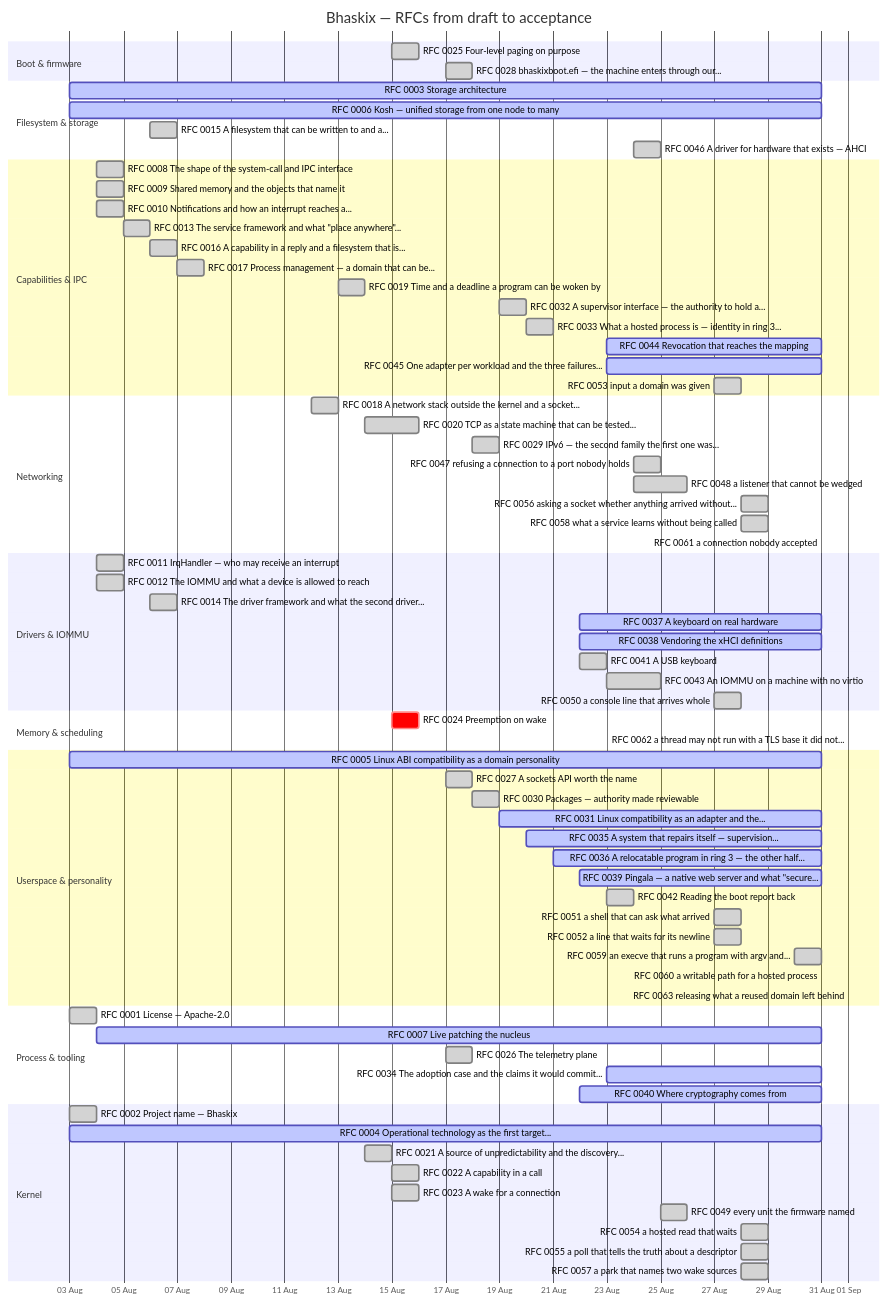
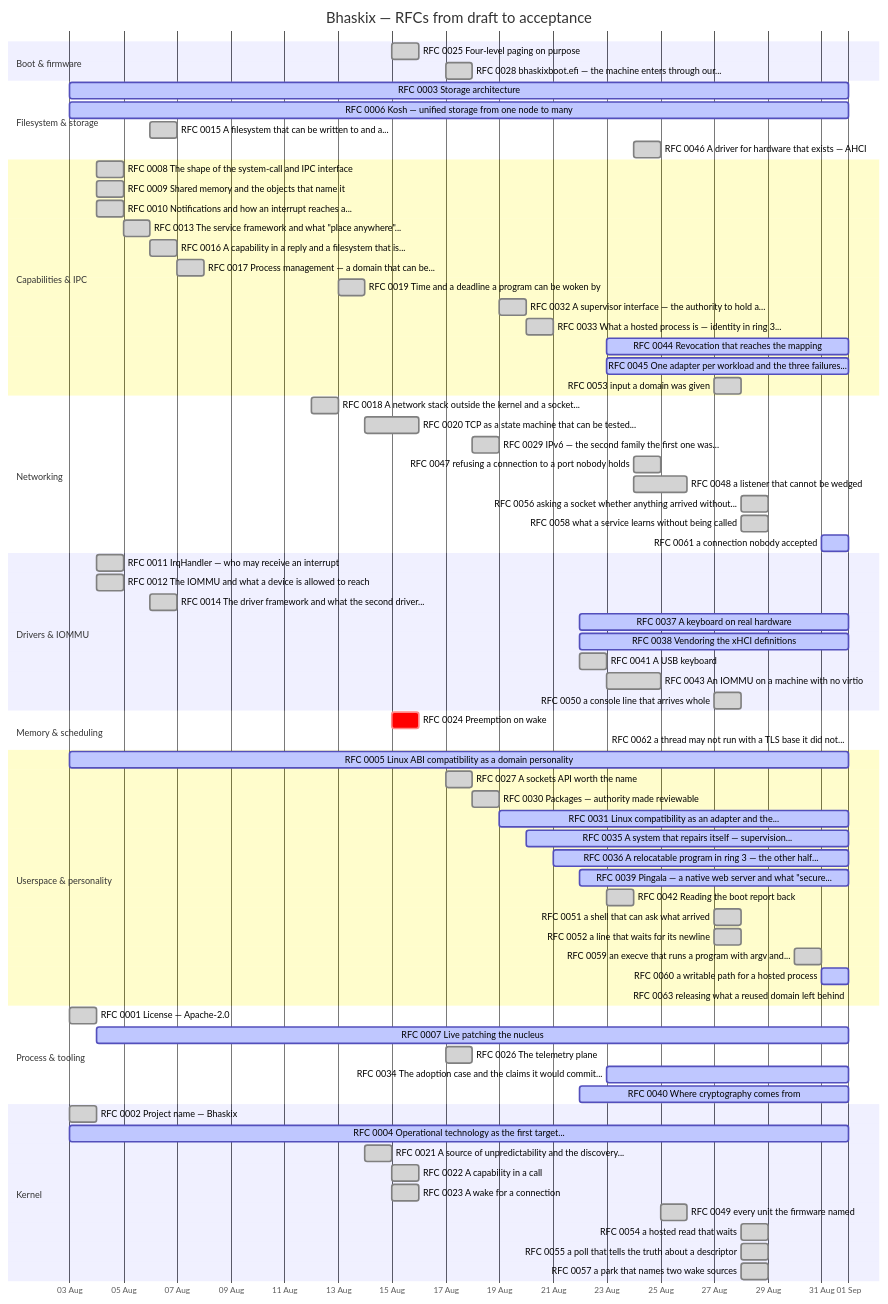
The diagram in docs/progress.md (bhaskix/bhaskix), drawn with Mermaid before and after one commit. The commit also changed other lines of this file and 8 other files, not shown here.

````diff
--- a/docs/progress.md
+++ b/docs/progress.md
@@ -24,79 +24,79 @@
 ```mermaid
 gantt
     title Bhaskix — RFCs from draft to acceptance
     dateFormat YYYY-MM-DD
     axisFormat %d %b
     todayMarker off
     section Boot & firmware
     RFC 0025 Four-level paging on purpose :done, r0025, 2026-08-15, 2026-08-16
     RFC 0028 bhaskixboot.efi — the machine enters through our... :done, r0028, 2026-08-17, 2026-08-18
     section Filesystem & storage
-    RFC 0003 Storage architecture :active, r0003, 2026-08-03, 2026-08-31
-    RFC 0006 Kosh — unified storage from one node to many :active, r0006, 2026-08-03, 2026-08-31
+    RFC 0003 Storage architecture :active, r0003, 2026-08-03, 2026-09-01
+    RFC 0006 Kosh — unified storage from one node to many :active, r0006, 2026-08-03, 2026-09-01
     RFC 0015 A filesystem that can be written to and a... :done, r0015, 2026-08-06, 1d
     RFC 0046 A driver for hardware that exists — AHCI :done, r0046, 2026-08-24, 1d
     section Capabilities & IPC
     RFC 0008 The shape of the system-call and IPC interface :done, r0008, 2026-08-04, 1d
     RFC 0009 Shared memory and the objects that name it :done, r0009, 2026-08-04, 1d
     RFC 0010 Notifications and how an interrupt reaches a... :done, r0010, 2026-08-04, 1d
     RFC 0013 The service framework and what "place anywhere"... :done, r0013, 2026-08-05, 1d
     RFC 0016 A capability in a reply and a filesystem that is... :done, r0016, 2026-08-06, 2026-08-07
     RFC 0017 Process management — a domain that can be... :done, r0017, 2026-08-07, 1d
     RFC 0019 Time and a deadline a program can be woken by :done, r0019, 2026-08-13, 2026-08-14
     RFC 0032 A supervisor interface — the authority to hold a... :done, r0032, 2026-08-19, 2026-08-20
     RFC 0033 What a hosted process is — identity in ring 3... :done, r0033, 2026-08-20, 1d
-    RFC 0044 Revocation that reaches the mapping :active, r0044, 2026-08-23, 2026-08-31
-    RFC 0045 One adapter per workload and the three failures... :active, r0045, 2026-08-23, 2026-08-31
+    RFC 0044 Revocation that reaches the mapping :active, r0044, 2026-08-23, 2026-09-01
+    RFC 0045 One adapter per workload and the three failures... :active, r0045, 2026-08-23, 2026-09-01
     RFC 0053 input a domain was given :done, r0053, 2026-08-27, 1d
     section Networking
     RFC 0018 A network stack outside the kernel and a socket... :done, r0018, 2026-08-12, 2026-08-13
     RFC 0020 TCP as a state machine that can be tested... :done, r0020, 2026-08-14, 2026-08-16
     RFC 0029 IPv6 — the second family the first one was... :done, r0029, 2026-08-18, 1d
     RFC 0047 refusing a connection to a port nobody holds :done, r0047, 2026-08-24, 1d
     RFC 0048 a listener that cannot be wedged :done, r0048, 2026-08-24, 2026-08-26
     RFC 0056 asking a socket whether anything arrived without... :done, r0056, 2026-08-28, 1d
     RFC 0058 what a service learns without being called :done, r0058, 2026-08-28, 1d
-    RFC 0061 a connection nobody accepted :active, r0061, 2026-08-31, 2026-08-31
+    RFC 0061 a connection nobody accepted :active, r0061, 2026-08-31, 2026-09-01
     section Drivers & IOMMU
     RFC 0011 IrqHandler — who may receive an interrupt :done, r0011, 2026-08-04, 1d
     RFC 0012 The IOMMU and what a device is allowed to reach :done, r0012, 2026-08-04, 1d
     RFC 0014 The driver framework and what the second driver... :done, r0014, 2026-08-06, 1d
-    RFC 0037 A keyboard on real hardware :active, r0037, 2026-08-22, 2026-08-31
-    RFC 0038 Vendoring the xHCI definitions :active, r0038, 2026-08-22, 2026-08-31
+    RFC 0037 A keyboard on real hardware :active, r0037, 2026-08-22, 2026-09-01
+    RFC 0038 Vendoring the xHCI definitions :active, r0038, 2026-08-22, 2026-09-01
     RFC 0041 A USB keyboard :done, r0041, 2026-08-22, 2026-08-23
     RFC 0043 An IOMMU on a machine with no virtio :done, r0043, 2026-08-23, 2026-08-25
     RFC 0050 a console line that arrives whole :done, r0050, 2026-08-27, 1d
     section Memory & scheduling
     RFC 0024 Preemption on wake :crit, r0024, 2026-08-15, 1d
     RFC 0062 a thread may not run with a TLS base it did not... :active, r0062, 2026-09-01, 2026-09-01
     section Userspace & personality
-    RFC 0005 Linux ABI compatibility as a domain personality :active, r0005, 2026-08-03, 2026-08-31
+    RFC 0005 Linux ABI compatibility as a domain personality :active, r0005, 2026-08-03, 2026-09-01
     RFC 0027 A sockets API worth the name :done, r0027, 2026-08-17, 1d
     RFC 0030 Packages — authority made reviewable :done, r0030, 2026-08-18, 2026-08-19
-    RFC 0031 Linux compatibility as an adapter and the... :active, r0031, 2026-08-19, 2026-08-31
-    RFC 0035 A system that repairs itself — supervision... :active, r0035, 2026-08-20, 2026-08-31
-    RFC 0036 A relocatable program in ring 3 — the other half... :active, r0036, 2026-08-21, 2026-08-31
-    RFC 0039 Pingala — a native web server and what "secure... :active, r0039, 2026-08-22, 2026-08-31
+    RFC 0031 Linux compatibility as an adapter and the... :active, r0031, 2026-08-19, 2026-09-01
+    RFC 0035 A system that repairs itself — supervision... :active, r0035, 2026-08-20, 2026-09-01
+    RFC 0036 A relocatable program in ring 3 — the other half... :active, r0036, 2026-08-21, 2026-09-01
+    RFC 0039 Pingala — a native web server and what "secure... :active, r0039, 2026-08-22, 2026-09-01
     RFC 0042 Reading the boot report back :done, r0042, 2026-08-23, 1d
     RFC 0051 a shell that can ask what arrived :done, r0051, 2026-08-27, 1d
     RFC 0052 a line that waits for its newline :done, r0052, 2026-08-27, 1d
     RFC 0059 an execve that runs a program with argv and... :done, r0059, 2026-08-30, 1d
-    RFC 0060 a writable path for a hosted process :active, r0060, 2026-08-31, 2026-08-31
+    RFC 0060 a writable path for a hosted process :active, r0060, 2026-08-31, 2026-09-01
     RFC 0063 releasing what a reused domain left behind :active, r0063, 2026-09-01, 2026-09-01
     section Process & tooling
     RFC 0001 License — Apache-2.0 :done, r0001, 2026-08-03, 1d
-    RFC 0007 Live patching the nucleus :active, r0007, 2026-08-04, 2026-08-31
+    RFC 0007 Live patching the nucleus :active, r0007, 2026-08-04, 2026-09-01
     RFC 0026 The telemetry plane :done, r0026, 2026-08-17, 1d
-    RFC 0034 The adoption case and the claims it would commit... :active, r0034, 2026-08-23, 2026-08-31
-    RFC 0040 Where cryptography comes from :active, r0040, 2026-08-22, 2026-08-31
+    RFC 0034 The adoption case and the claims it would commit... :active, r0034, 2026-08-23, 2026-09-01
+    RFC 0040 Where cryptography comes from :active, r0040, 2026-08-22, 2026-09-01
     section Kernel
     RFC 0002 Project name — Bhaskix :done, r0002, 2026-08-03, 1d
-    RFC 0004 Operational technology as the first target... :active, r0004, 2026-08-03, 2026-08-31
+    RFC 0004 Operational technology as the first target... :active, r0004, 2026-08-03, 2026-09-01
     RFC 0021 A source of unpredictability and the discovery... :done, r0021, 2026-08-14, 1d
     RFC 0022 A capability in a call :done, r0022, 2026-08-15, 2026-08-16
     RFC 0023 A wake for a connection :done, r0023, 2026-08-15, 2026-08-16
     RFC 0049 every unit the firmware named :done, r0049, 2026-08-25, 1d
     RFC 0054 a hosted read that waits :done, r0054, 2026-08-28, 1d
     RFC 0055 a poll that tells the truth about a descriptor :done, r0055, 2026-08-28, 1d
     RFC 0057 a park that names two wake sources :done, r0057, 2026-08-28, 1d
 ```
````
